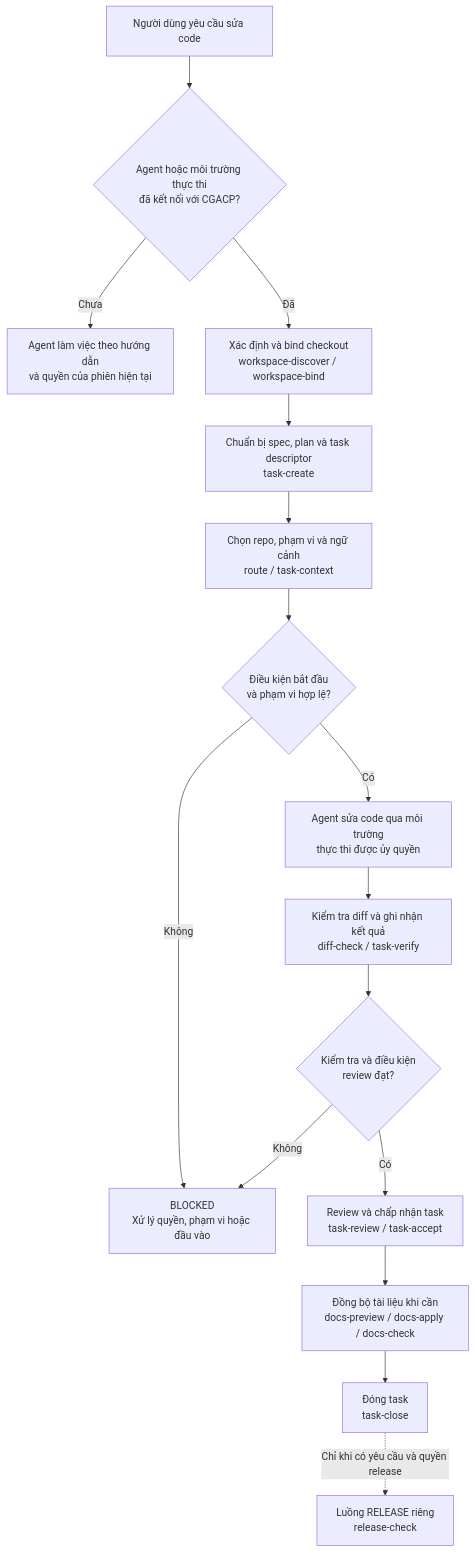
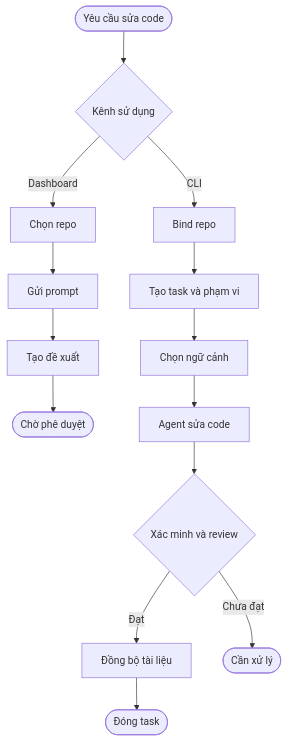
The diagram in README.md (cirnetlab/cirnet-rules), drawn with Mermaid before and after one commit. The commit also changed other lines of this file, not shown here.

````diff
--- a/README.md
+++ b/README.md
@@ -18,18 +19,16 @@
 ```mermaid
 flowchart TD
-    A["Người dùng yêu cầu sửa code"] --> B{"Agent hoặc môi trường thực thi<br/>đã kết nối với CGACP?"}
-    B -- "Chưa" --> C["Agent làm việc theo hướng dẫn<br/>và quyền của phiên hiện tại"]
-    B -- "Đã" --> D["Xác định và bind checkout<br/>workspace-discover / workspace-bind"]
-    D --> E["Chuẩn bị spec, plan và task descriptor<br/>task-create"]
-    E --> F["Chọn repo, phạm vi và ngữ cảnh<br/>route / task-context"]
-    F --> G{"Điều kiện bắt đầu<br/>và phạm vi hợp lệ?"}
-    G -- "Không" --> X["BLOCKED<br/>Xử lý quyền, phạm vi hoặc đầu vào"]
-    G -- "Có" --> H["Agent sửa code qua môi trường<br/>thực thi được ủy quyền"]
-    H --> I["Kiểm tra diff và ghi nhận kết quả<br/>diff-check / task-verify"]
-    I --> J{"Kiểm tra và điều kiện<br/>review đạt?"}
-    J -- "Không" --> X
-    J -- "Có" --> K["Review và chấp nhận task<br/>task-review / task-accept"]
-    K --> L["Đồng bộ tài liệu khi cần<br/>docs-preview / docs-apply / docs-check"]
-    L --> M["Đóng task<br/>task-close"]
-    M -. "Chỉ khi có yêu cầu và quyền release" .-> N["Luồng RELEASE riêng<br/>release-check"]
+    A(["Yêu cầu sửa code"]) --> B{"Kênh sử dụng"}
+    B -->|Dashboard| C["Chọn repo"]
+    C --> D["Gửi prompt"]
+    D --> E["Tạo đề xuất"]
+    E --> F(["Chờ phê duyệt"])
+    B -->|CLI| G["Bind repo"]
+    G --> H["Tạo task và phạm vi"]
+    H --> I["Chọn ngữ cảnh"]
+    I --> J["Agent sửa code"]
+    J --> K{"Xác minh và review"}
+    K -->|Đạt| L["Đồng bộ tài liệu"]
+    L --> M(["Đóng task"])
+    K -->|Chưa đạt| N(["Cần xử lý"])
 ```
````
